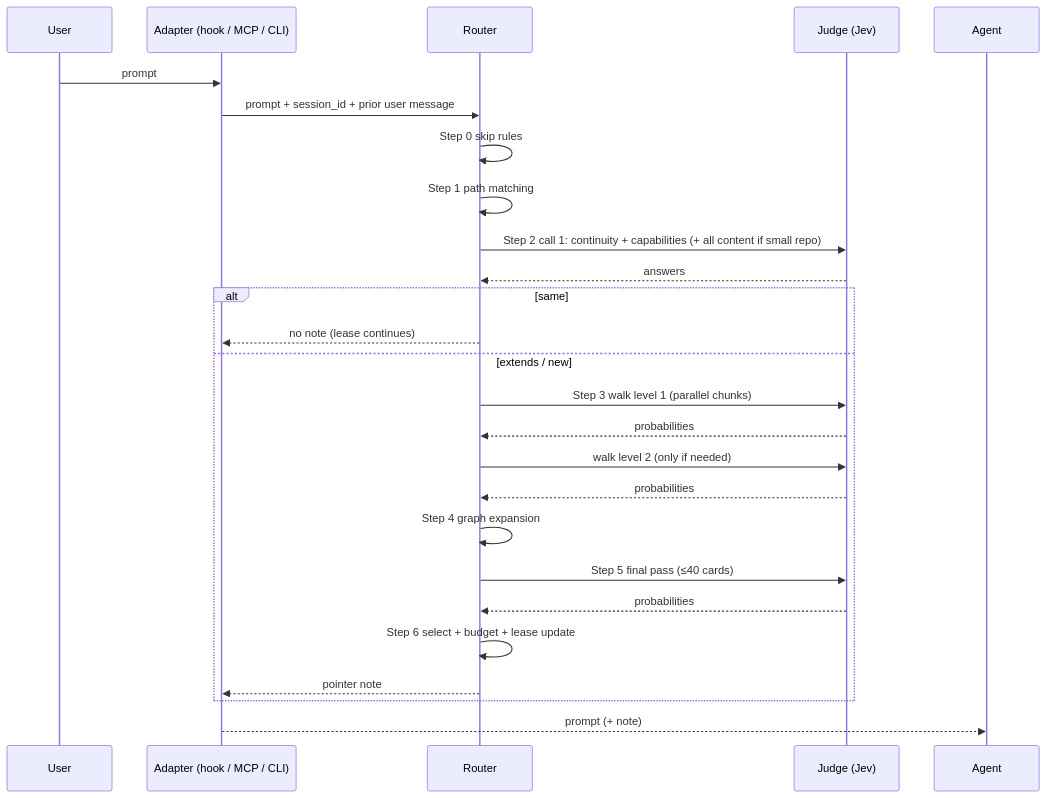
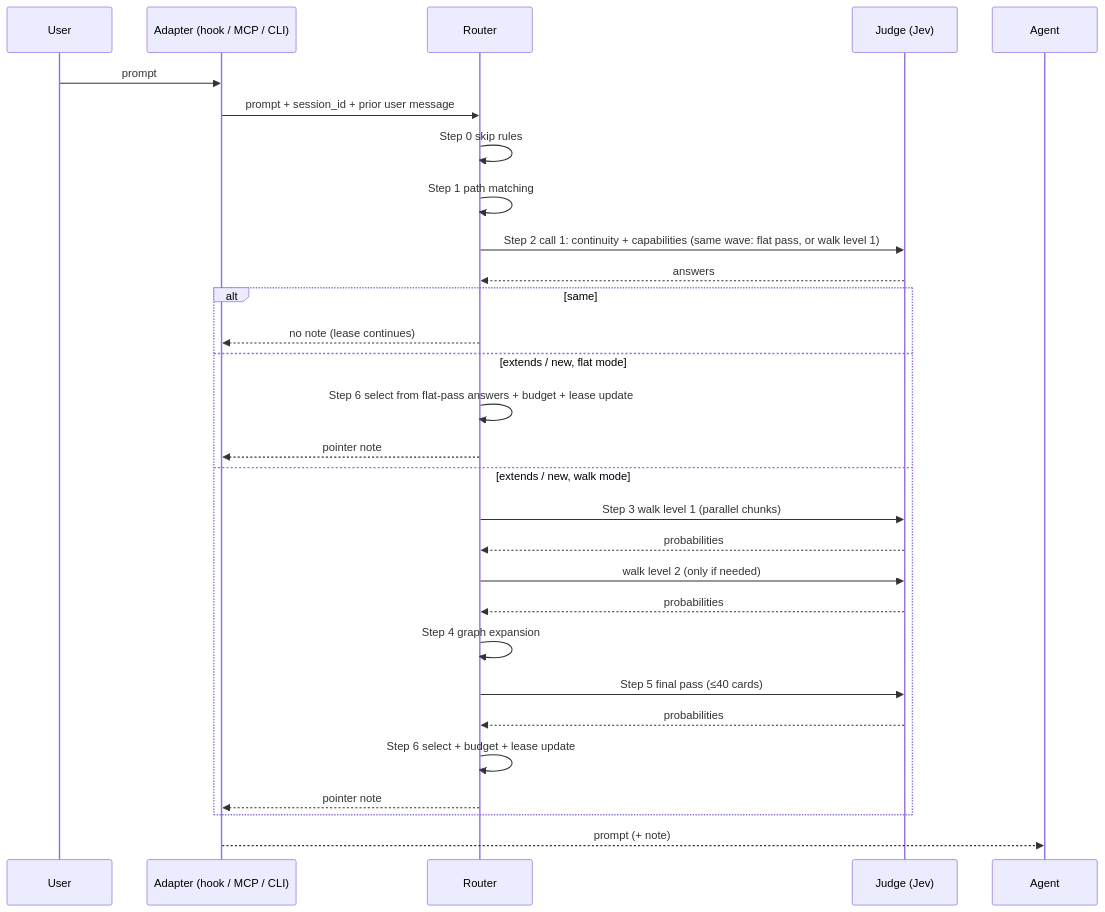
The second of 3 diagrams in docs/spec/architecture-v1.md (rileydrakedesign/jev-surfer), drawn with Mermaid before and after one commit. The commit also changed other lines of this file and 17 other files, not shown here.

First line of the commit message:
Apply architecture review: flat-first routing, per-backend limits, HTTP/2

````diff
--- a/docs/spec/architecture-v1.md
+++ b/docs/spec/architecture-v1.md
@@ -665,28 +676,31 @@
 ```mermaid
 sequenceDiagram
     participant U as User
     participant AD as Adapter (hook / MCP / CLI)
     participant RT as Router
     participant J as Judge (Jev)
     participant AG as Agent
     U->>AD: prompt
     AD->>RT: prompt + session_id + prior user message
     RT->>RT: Step 0 skip rules
     RT->>RT: Step 1 path matching
-    RT->>J: Step 2 call 1: continuity + capabilities (+ all content if small repo)
+    RT->>J: Step 2 call 1: continuity + capabilities (same wave: flat pass, or walk level 1)
     J-->>RT: answers
     alt same
         RT-->>AD: no note (lease continues)
-    else extends / new
+    else extends / new, flat mode
+        RT->>RT: Step 6 select from flat-pass answers + budget + lease update
+        RT-->>AD: pointer note
+    else extends / new, walk mode
         RT->>J: Step 3 walk level 1 (parallel chunks)
         J-->>RT: probabilities
         RT->>J: walk level 2 (only if needed)
         J-->>RT: probabilities
         RT->>RT: Step 4 graph expansion
         RT->>J: Step 5 final pass (≤40 cards)
         J-->>RT: probabilities
         RT->>RT: Step 6 select + budget + lease update
         RT-->>AD: pointer note
     end
     AD-->>AG: prompt (+ note)
 ```
````
